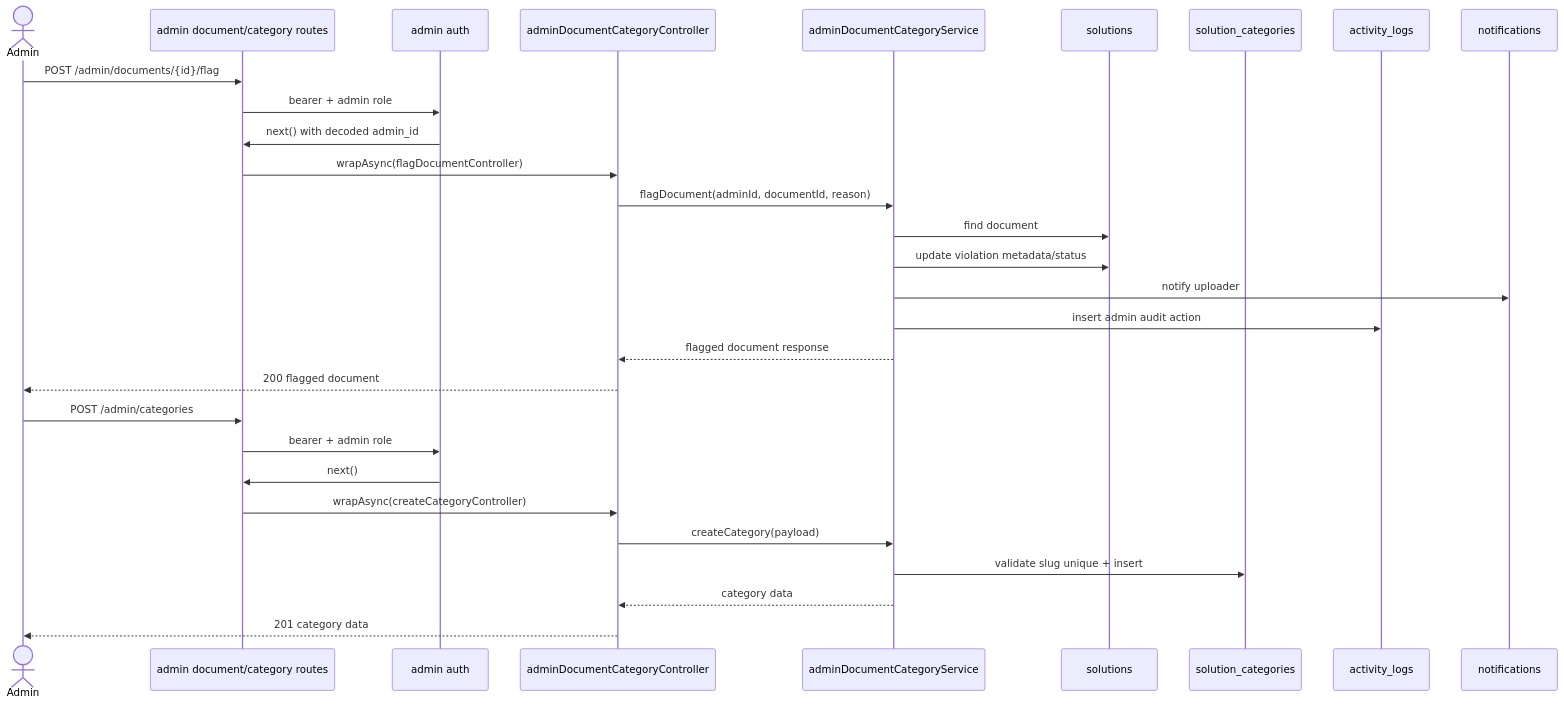
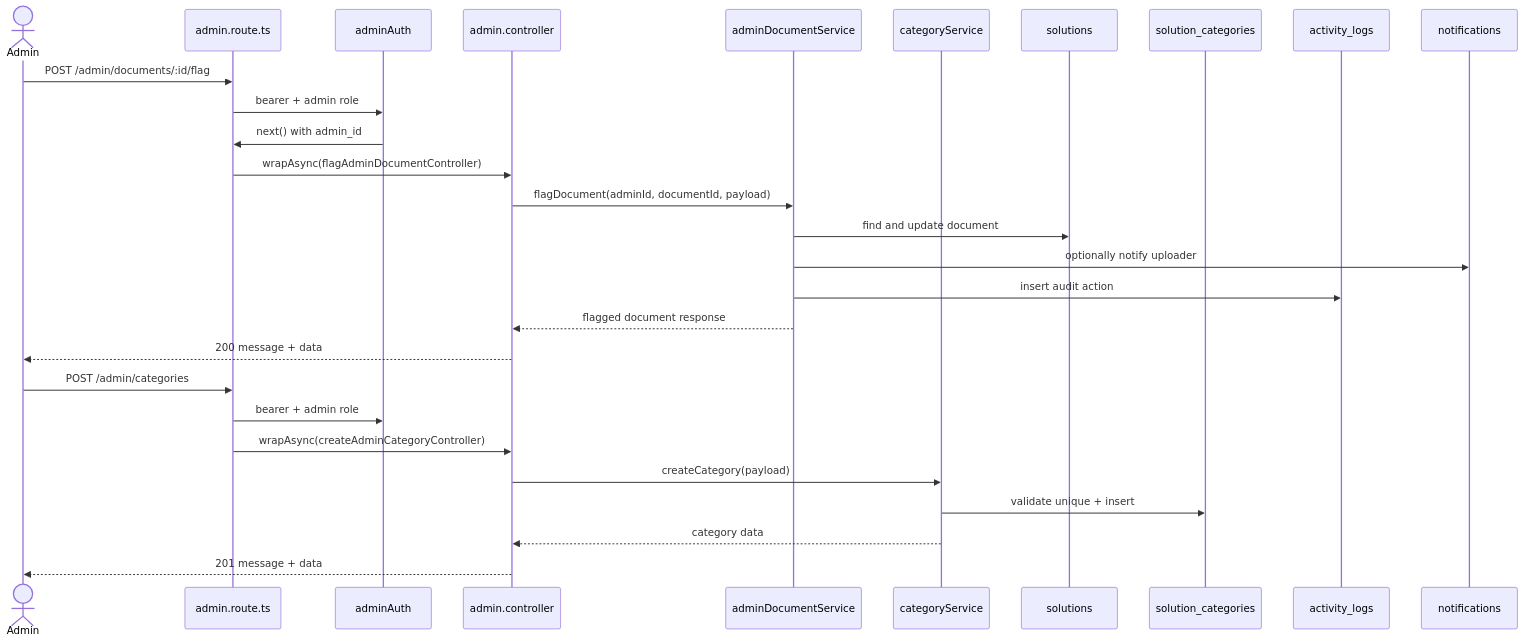
The diagram in docs/endpoint-flows/08-admin-documents-categories.md (Hiamoutgame/AI-Study-Hub), drawn with Mermaid before and after one commit. The commit also changed other lines of this file and 62 other files, not shown here.

````diff
--- a/docs/endpoint-flows/08-admin-documents-categories.md
+++ b/docs/endpoint-flows/08-admin-documents-categories.md
@@ -34,33 +47,32 @@
 ```mermaid
 sequenceDiagram
   actor Admin
-  participant Route as admin document/category routes
-  participant Auth as admin auth
-  participant Controller as adminDocumentCategoryController
-  participant Service as adminDocumentCategoryService
+  participant Route as admin.route.ts
+  participant Auth as adminAuth
+  participant Controller as admin.controller
+  participant DocService as adminDocumentService
+  participant CategoryService as categoryService
   participant Solutions as solutions
   participant Categories as solution_categories
   participant Logs as activity_logs
   participant Notifications as notifications
 
-  Admin->>Route: POST /admin/documents/{id}/flag
+  Admin->>Route: POST /admin/documents/:id/flag
   Route->>Auth: bearer + admin role
-  Auth->>Route: next() with decoded admin_id
-  Route->>Controller: wrapAsync(flagDocumentController)
-  Controller->>Service: flagDocument(adminId, documentId, reason)
-  Service->>Solutions: find document
-  Service->>Solutions: update violation metadata/status
-  Service->>Notifications: notify uploader
-  Service->>Logs: insert admin audit action
-  Service-->>Controller: flagged document response
-  Controller-->>Admin: 200 flagged document
+  Auth->>Route: next() with admin_id
+  Route->>Controller: wrapAsync(flagAdminDocumentController)
+  Controller->>DocService: flagDocument(adminId, documentId, payload)
+  DocService->>Solutions: find and update document
+  DocService->>Notifications: optionally notify uploader
+  DocService->>Logs: insert audit action
+  DocService-->>Controller: flagged document response
+  Controller-->>Admin: 200 message + data
 
   Admin->>Route: POST /admin/categories
   Route->>Auth: bearer + admin role
-  Auth->>Route: next()
-  Route->>Controller: wrapAsync(createCategoryController)
-  Controller->>Service: createCategory(payload)
-  Service->>Categories: validate slug unique + insert
-  Service-->>Controller: category data
-  Controller-->>Admin: 201 category data
+  Route->>Controller: wrapAsync(createAdminCategoryController)
+  Controller->>CategoryService: createCategory(payload)
+  CategoryService->>Categories: validate unique + insert
+  CategoryService-->>Controller: category data
+  Controller-->>Admin: 201 message + data
 ```
````
